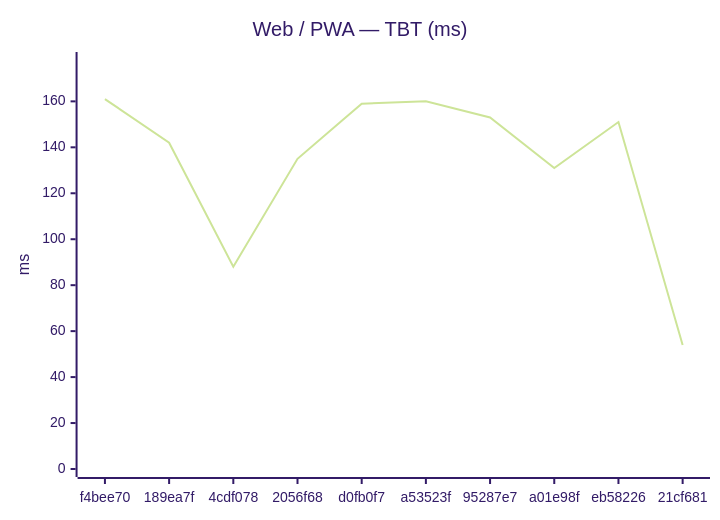
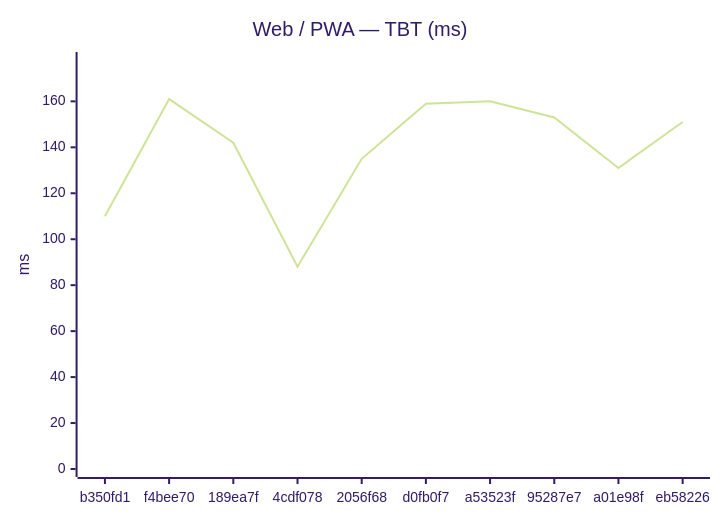
The second of 18 diagrams in benchmarks/compare.md (Metaheurist/Rianell), drawn with Mermaid (forest theme) before and after one commit. The commit also changed other lines of this file and 11 other files, not shown here.

````diff
--- a/benchmarks/compare.md
+++ b/benchmarks/compare.md
@@ -31,7 +31,7 @@
 ```mermaid
 xychart-beta
     title "Web / PWA — TBT (ms)"
-    x-axis ["f4bee70", "189ea7f", "4cdf078", "2056f68", "d0fb0f7", "a53523f", "95287e7", "a01e98f", "eb58226", "21cf681"]
+    x-axis ["b350fd1", "f4bee70", "189ea7f", "4cdf078", "2056f68", "d0fb0f7", "a53523f", "95287e7", "a01e98f", "eb58226"]
     y-axis "ms" 0 --> 178
-    line [161, 142, 88, 135, 159, 160, 153, 131, 151, 54]
+    line [110, 161, 142, 88, 135, 159, 160, 153, 131, 151]
 ```
````
